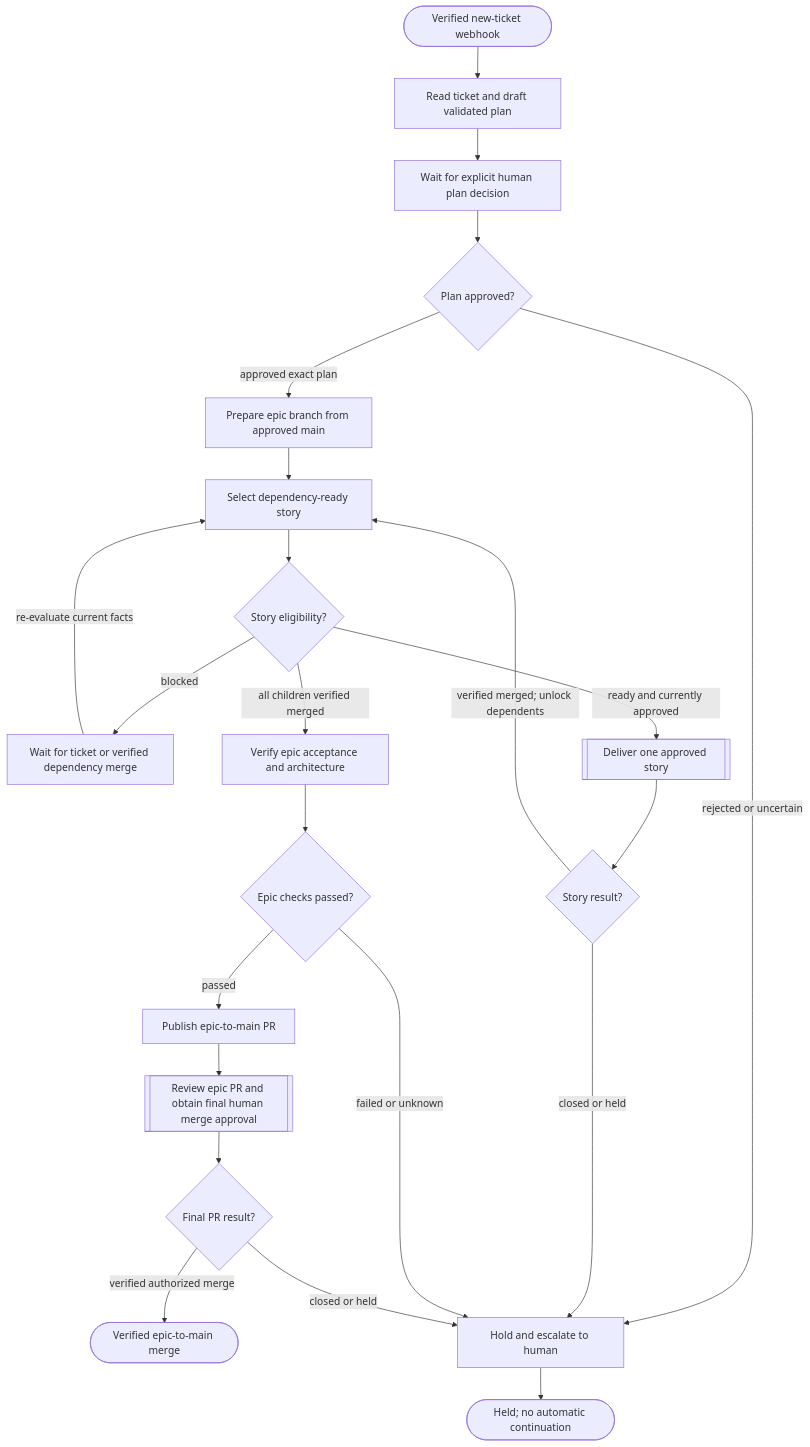
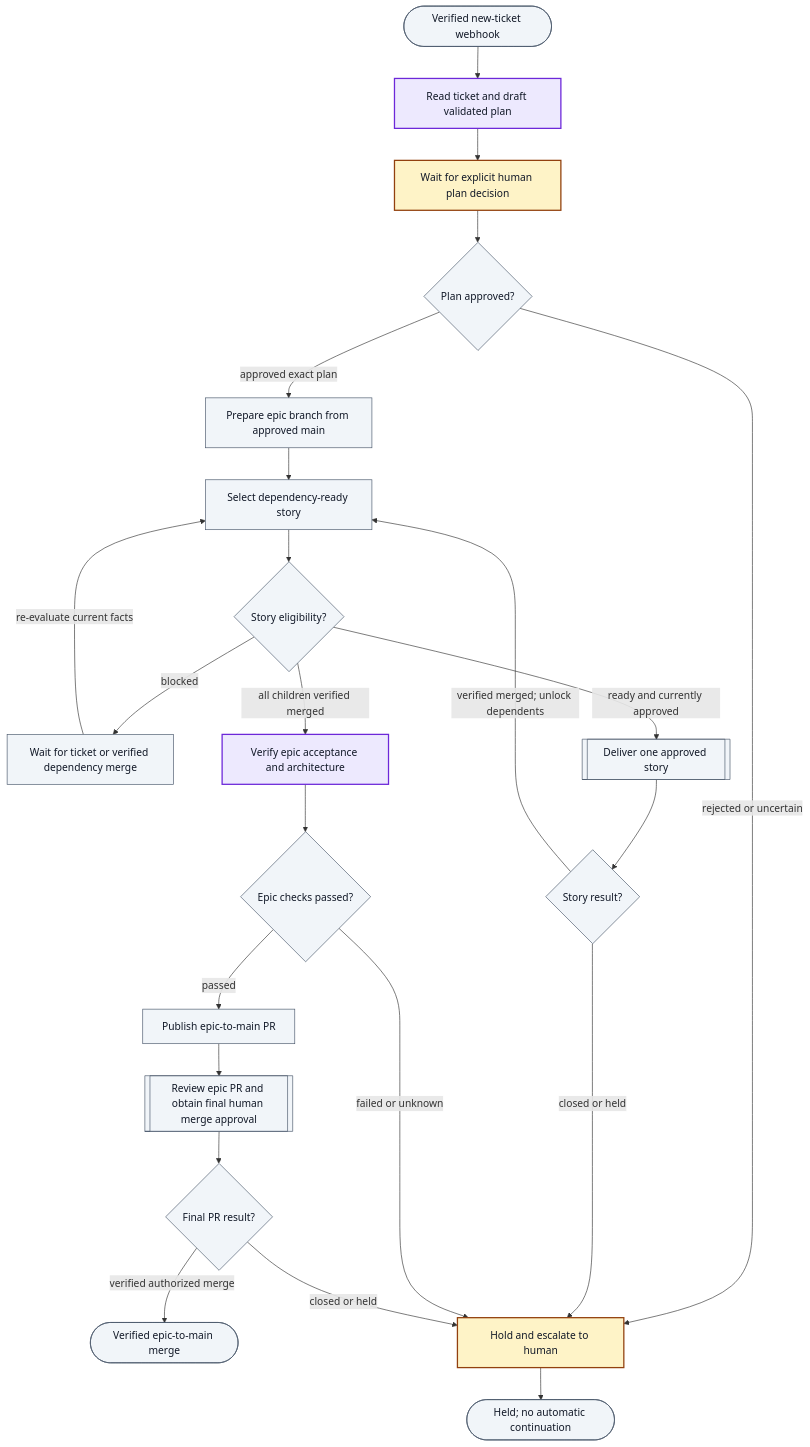
One commit to skizzay/forgeflow changed the first of 3 diagrams in docs/architecture/workflow-reference.md. Above: the diagram before and after it, drawn with Mermaid. The commit also changed other lines of this file and 3 other files, not shown here.

````diff
--- a/docs/architecture/workflow-reference.md
+++ b/docs/architecture/workflow-reference.md
@@ -19,43 +38,49 @@
 ```mermaid
 flowchart TD
     ticketReceived(["Verified new-ticket webhook"])
     planWork["Read ticket and draft validated plan"]
     awaitPlanApproval["Wait for explicit human plan decision"]
     planDecision{"Plan approved?"}
     prepareEpic["Prepare epic branch from approved main"]
     selectStory["Select dependency-ready story"]
     storyEligibility{"Story eligibility?"}
     awaitDependency["Wait for ticket or verified dependency merge"]
     deliverStory[["Deliver one approved story"]]
     storyResult{"Story result?"}
     verifyEpic["Verify epic acceptance and architecture"]
     epicChecks{"Epic checks passed?"}
     publishEpicPR["Publish epic-to-main PR"]
     reviewEpic[["Review epic PR and obtain final human merge approval"]]
     epicResult{"Final PR result?"}
     epicComplete(["Verified epic-to-main merge"])
     epicHold["Hold and escalate to human"]
     epicHeld(["Held; no automatic continuation"])
     ticketReceived --> planWork
     planWork --> awaitPlanApproval
     awaitPlanApproval --> planDecision
     planDecision -->|"approved exact plan"| prepareEpic
     planDecision -->|"rejected or uncertain"| epicHold
     prepareEpic --> selectStory
     selectStory --> storyEligibility
     storyEligibility -->|"ready and currently approved"| deliverStory
     storyEligibility -->|"blocked"| awaitDependency
     awaitDependency -->|"re-evaluate current facts"| selectStory
     storyEligibility -->|"all children verified merged"| verifyEpic
     deliverStory --> storyResult
     storyResult -->|"verified merged; unlock dependents"| selectStory
     storyResult -->|"closed or held"| epicHold
     verifyEpic --> epicChecks
     epicChecks -->|"passed"| publishEpicPR
     epicChecks -->|"failed or unknown"| epicHold
     publishEpicPR --> reviewEpic
     reviewEpic --> epicResult
     epicResult -->|"verified authorized merge"| epicComplete
     epicResult -->|"closed or held"| epicHold
     epicHold --> epicHeld
+    classDef agent fill:#ede9fe,stroke:#6d28d9,color:#111827,stroke-width:2px;
+    classDef human fill:#fef3c7,stroke:#92400e,color:#111827,stroke-width:2px;
+    classDef automated fill:#f1f5f9,stroke:#475569,color:#111827;
+    class planWork,verifyEpic agent;
+    class awaitPlanApproval,epicHold human;
+    class awaitDependency,deliverStory,epicChecks,epicComplete,epicHeld,epicResult,planDecision,prepareEpic,publishEpicPR,reviewEpic,selectStory,storyEligibility,storyResult,ticketReceived automated;
 ```
````
